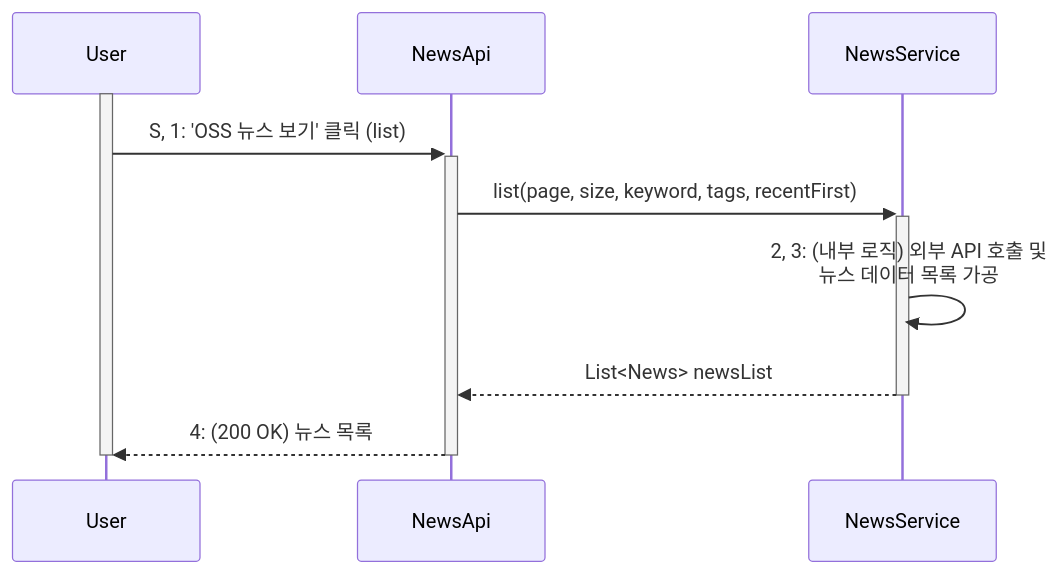
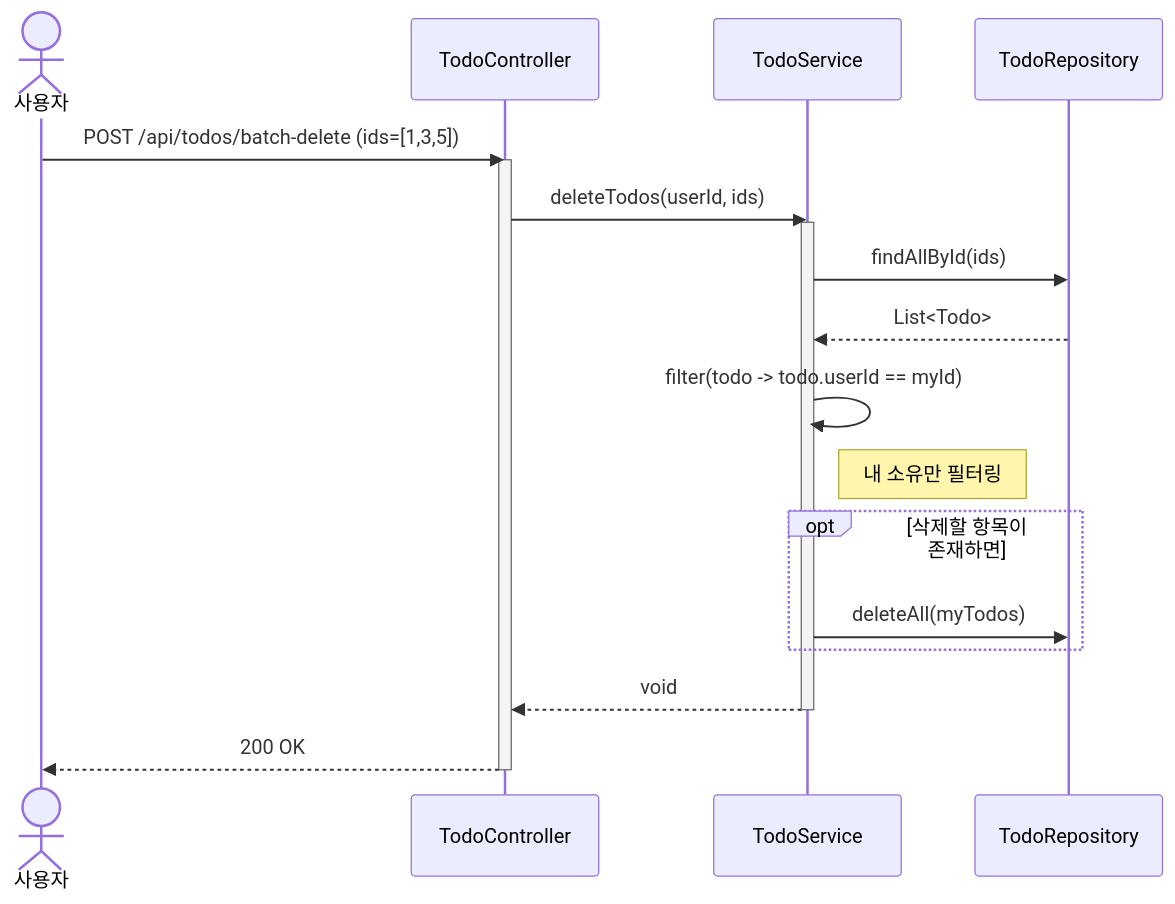
Diagram 42 of 43 in SDS_[깃라잡이].md (OHWCH/se_dev), drawn with Mermaid before and after one commit. The commit also changed other lines of this file, not shown here.

First line of the commit message:
이슈,기여도,도전과제,투두리스트 시퀀스다이어그램

````diff
--- a/SDS_[깃라잡이].md
+++ b/SDS_[깃라잡이].md
@@ -6108,19 +6078,29 @@
 ```mermaid
 sequenceDiagram
-    participant User
-    participant NewsApi
-    participant NewsService
+    actor User as 사용자
+    participant Controller as TodoController
+    participant Service as TodoService
+    participant Repo as TodoRepository
 
-    activate User
-    User->>+NewsApi: S, 1: 'OSS 뉴스 보기' 클릭 (list)
+    User->>Controller: POST /api/todos/batch-delete (ids=[1,3,5])
+    activate Controller
     
-    NewsApi->>+NewsService: list(page, size, keyword, tags, recentFirst)
+    Controller->>Service: deleteTodos(userId, ids)
+    activate Service
     
-    NewsService->>NewsService: 2, 3: (내부 로직) 외부 API 호출 및<br/>뉴스 데이터 목록 가공
+    Service->>Repo: findAllById(ids)
+    Repo-->>Service: List<Todo>
     
-    NewsService-->>-NewsApi: List<News> newsList
+    Service->>Service: filter(todo -> todo.userId == myId)
+    Note right of Service: 내 소유만 필터링
     
-    NewsApi-->>User: 4: (200 OK) 뉴스 목록
-    deactivate NewsApi
-    deactivate User
+    opt 삭제할 항목이 존재하면
+        Service->>Repo: deleteAll(myTodos)
+    end
+    
+    Service-->>Controller: void
+    deactivate Service
+    
+    Controller-->>User: 200 OK
+    deactivate Controller
 ```
````
